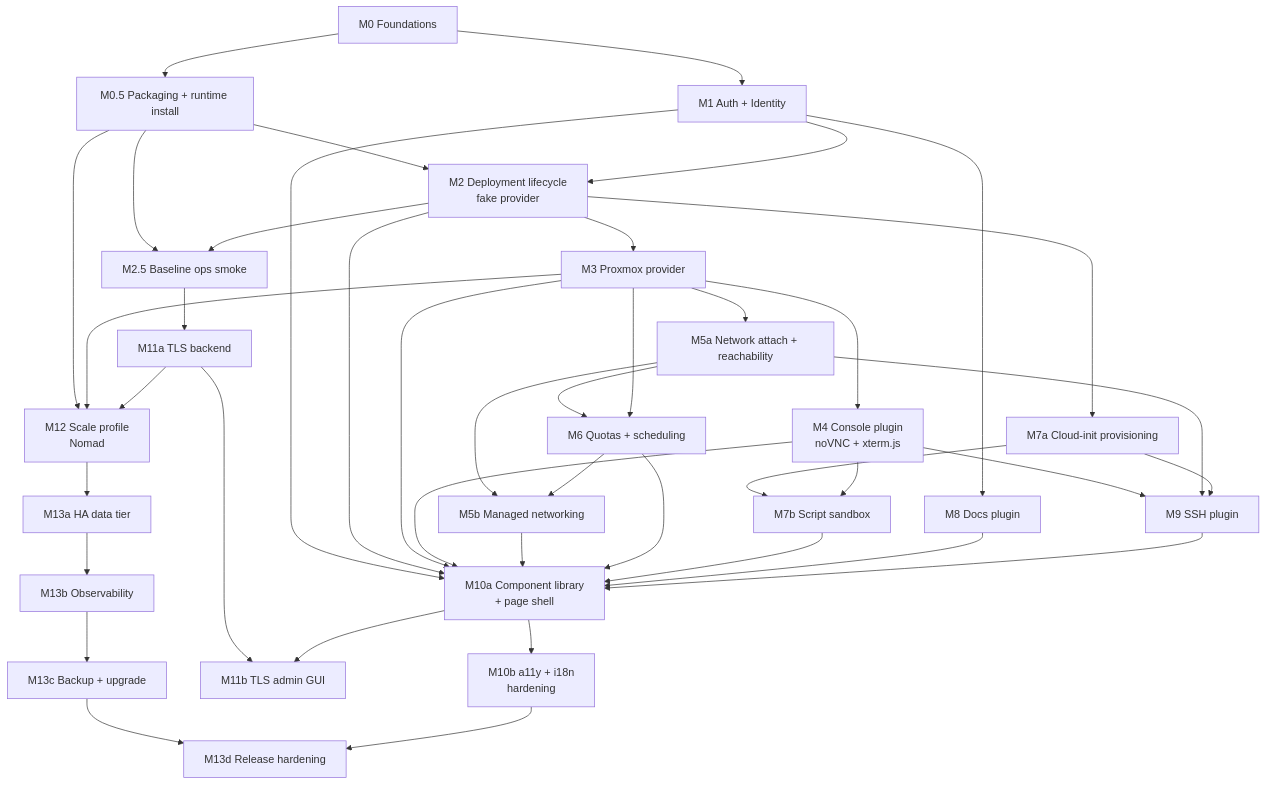
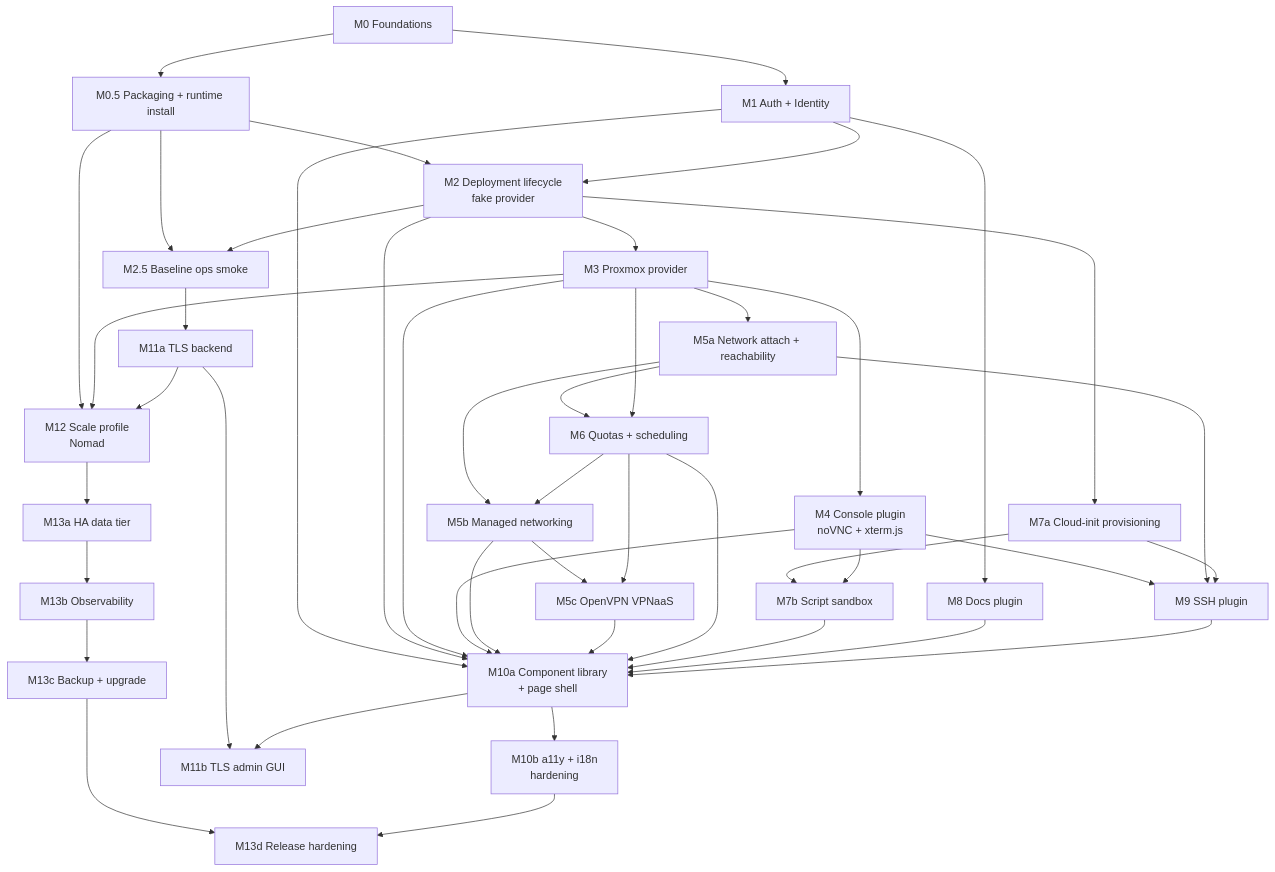
One commit to cyberbalsa/racklab changed the diagram in docs/roadmap/README.md. Above: the diagram before and after it, drawn with Mermaid. The commit also changed other lines of this file and 18 other files, not shown here.

````diff
--- a/docs/roadmap/README.md
+++ b/docs/roadmap/README.md
@@ -39,68 +40,72 @@
 ```mermaid
 graph TD
     M0[M0 Foundations]
     M0_5[M0.5 Packaging + runtime install]
     M1[M1 Auth + Identity]
     M2[M2 Deployment lifecycle<br/>fake provider]
     M2_5[M2.5 Baseline ops smoke]
     M3[M3 Proxmox provider]
     M4[M4 Console plugin<br/>noVNC + xterm.js]
     M5a[M5a Network attach + reachability]
     M5b[M5b Managed networking]
+    M5c[M5c OpenVPN VPNaaS]
     M6[M6 Quotas + scheduling]
     M7a[M7a Cloud-init provisioning]
     M7b[M7b Script sandbox]
     M8[M8 Docs plugin]
     M9[M9 SSH plugin]
     M10a[M10a Component library<br/>+ page shell]
     M10b[M10b a11y + i18n<br/>hardening]
     M11a[M11a TLS backend]
     M11b[M11b TLS admin GUI]
     M12[M12 Scale profile<br/>Nomad]
     M13a[M13a HA data tier]
     M13b[M13b Observability]
     M13c[M13c Backup + upgrade]
     M13d[M13d Release hardening]
 
     M0 --> M0_5
     M0 --> M1
     M0_5 --> M2
     M0_5 --> M2_5
     M1 --> M2
     M2 --> M2_5
     M2 --> M3
     M3 --> M4
     M3 --> M5a
     M5a --> M5b
     M5a --> M6
     M3 --> M6
     M6 --> M5b
+    M5b --> M5c
+    M6 --> M5c
     M2 --> M7a
     M7a --> M7b
     M4 --> M7b
     M1 --> M8
     M4 --> M9
     M5a --> M9
     M7a --> M9
     M2_5 --> M11a
     M11a --> M11b
     M10a --> M10b
     M10a --> M11b
     M1 --> M10a
     M2 --> M10a
     M3 --> M10a
     M4 --> M10a
     M5b --> M10a
+    M5c --> M10a
     M6 --> M10a
     M7b --> M10a
     M8 --> M10a
     M9 --> M10a
     M0_5 --> M12
     M3 --> M12
     M11a --> M12
     M12 --> M13a
     M13a --> M13b
     M13b --> M13c
     M13c --> M13d
     M10b --> M13d
 ```
````
